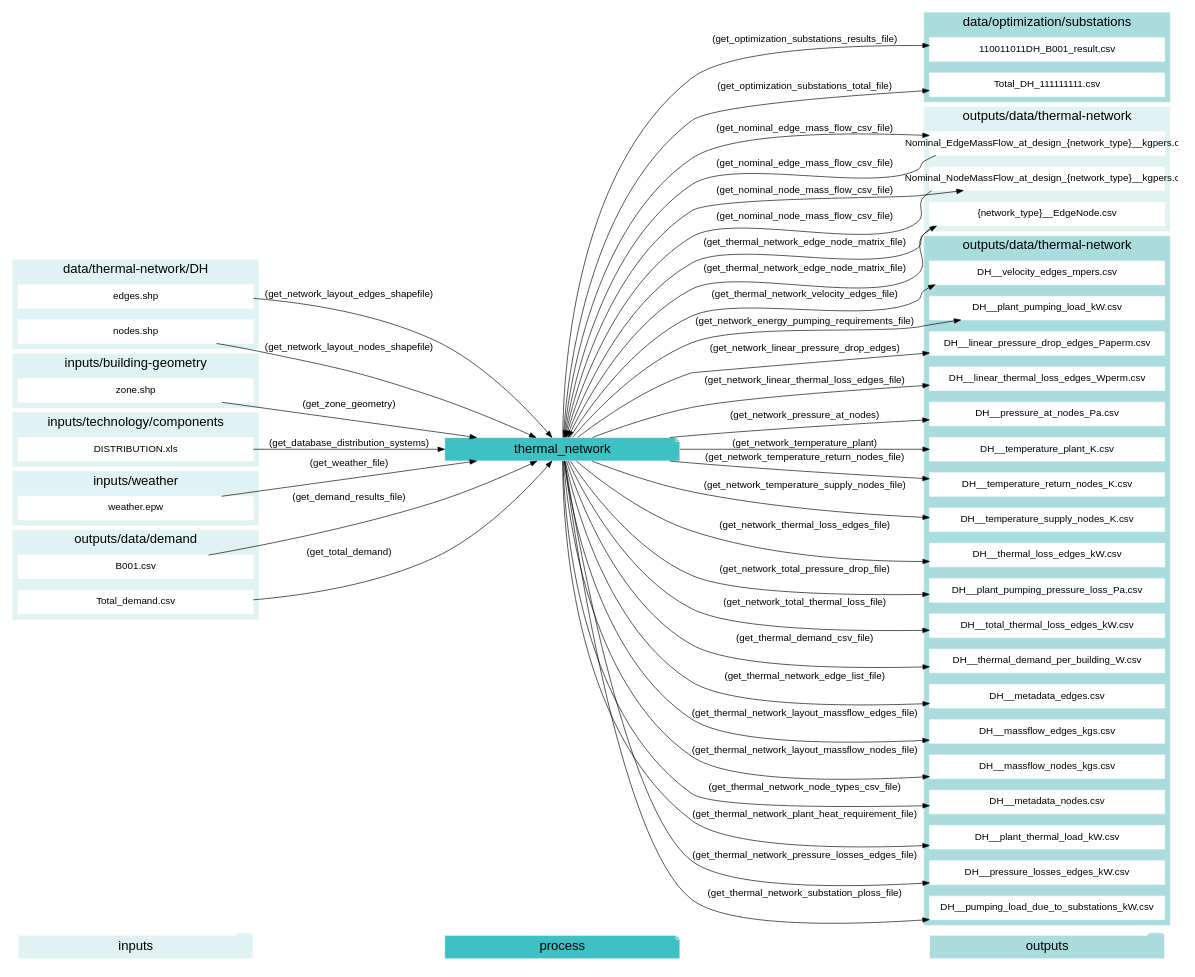
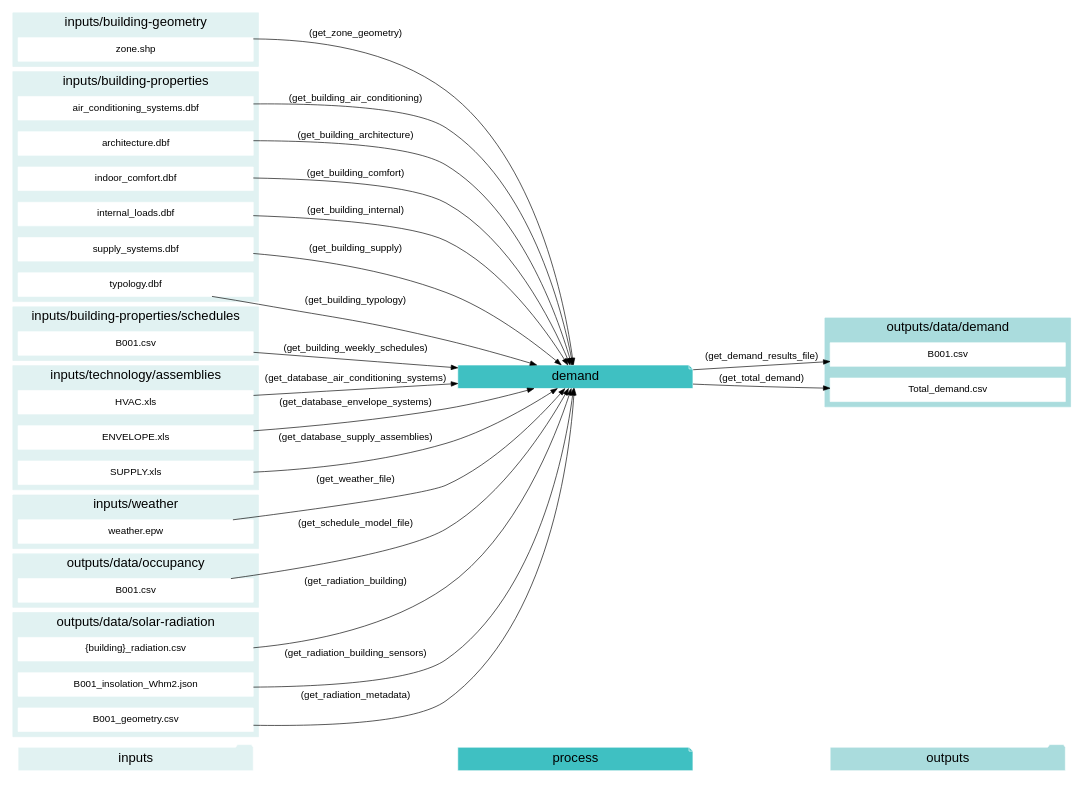
Diagram 13 of 22 in docs/script-data-flow.rst (architecture-building-systems/CityEnergyAnalyst), drawn with Graphviz before and after one commit. The commit also changed other lines of this file and 27 other files, not shown here.

Commit message:
graphviz script overviews now work

```diff
--- a/docs/script-data-flow.rst
+++ b/docs/script-data-flow.rst
@@ -738,54 +847,59 @@
 .. graphviz::
 
-    digraph thermal_network {
+    digraph demand {
     rankdir="LR";
     graph [overlap=false, fontname=arial];
     node [shape=box, style=filled, color=white, fontsize=15, fontname=arial, fixedsize=true, width=5];
     edge [fontname=arial, fontsize = 15]
     newrank=true
     subgraph cluster_legend {
-    fontsize=25
-    style=invis
-    "process"[style=filled, fillcolor="#3FC0C2", shape=note, fontsize=20, fontname="arial"]
-    "inputs" [style=filled, shape=folder, color=white, fillcolor="#E1F2F2", fontsize=20]
-    "outputs"[style=filled, shape=folder, color=white, fillcolor="#aadcdd", fontsize=20]
-    "inputs"->"process"[style=invis]
-    "process"->"outputs"[style=invis]
+        fontsize=25
+        style=invis
+        "process"[style=filled, fillcolor="#3FC0C2", shape=note, fontsize=20, fontname="arial"]
+        "inputs" [style=filled, shape=folder, color=white, fillcolor="#E1F2F2", fontsize=20]
+        "outputs"[style=filled, shape=folder, color=white, fillcolor="#aadcdd", fontsize=20]
+        "inputs"->"process"[style=invis]
+        "process"->"outputs"[style=invis]
     }
-    "thermal_network"[style=filled, color=white, fillcolor="#3FC0C2", shape=note, fontsize=20, fontname=arial];
-    subgraph cluster_0_out {
+    "demand"[style=filled, color=white, fillcolor="#3FC0C2", shape=note, fontsize=20, fontname=arial];
+    subgraph cluster_0_in {
         style = filled;
-        color = "#aadcdd";
+        color = "#E1F2F2";
         fontsize = 20;
         rank=same;
-        label="data/optimization/substations";
-        "110011011DH_B001_result.csv"
-        "Total_DH_111111111.csv"
+        label="inputs/building-geometry";
+        get_zone_geometry[label="zone.shp"];
     }
     subgraph cluster_1_in {
         style = filled;
         color = "#E1F2F2";
         fontsize = 20;
         rank=same;
-        label="data/thermal-network/DH";
-        "edges.shp"
-        "nodes.shp"
+        label="inputs/building-properties";
+        get_building_air_conditioning[label="air_conditioning_systems.dbf"];
+        get_building_architecture[label="architecture.dbf"];
+        get_building_comfort[label="indoor_comfort.dbf"];
+        get_building_internal[label="internal_loads.dbf"];
+        get_building_supply[label="supply_systems.dbf"];
+        get_building_typology[label="typology.dbf"];
     }
     subgraph cluster_2_in {
         style = filled;
         color = "#E1F2F2";
         fontsize = 20;
         rank=same;
-        label="inputs/building-geometry";
-        "zone.shp"
+        label="inputs/building-properties/schedules";
+        get_building_weekly_schedules[label="B001.csv"];
     }
     subgraph cluster_3_in {
         style = filled;
         color = "#E1F2F2";
         fontsize = 20;
         rank=same;
-        label="inputs/technology/components";
-        "DISTRIBUTION.xls"
+        label="inputs/technology/assemblies";
+        get_database_air_conditioning_systems[label="HVAC.xls"];
+        get_database_envelope_systems[label="ENVELOPE.xls"];
+        get_database_supply_assemblies[label="SUPPLY.xls"];
     }
     subgraph cluster_4_in {
         style = filled;
@@ -793,88 +907,51 @@
         fontsize = 20;
         rank=same;
         label="inputs/weather";
-        "weather.epw"
+        get_weather_file[label="weather.epw"];
     }
-    subgraph cluster_5_in {
+    subgraph cluster_5_out {
         style = filled;
-        color = "#E1F2F2";
+        color = "#aadcdd";
         fontsize = 20;
         rank=same;
         label="outputs/data/demand";
-        "B001.csv"
-        "Total_demand.csv"
+        get_demand_results_file[label="B001.csv"];
+        get_total_demand[label="Total_demand.csv"];
     }
     subgraph cluster_6_in {
         style = filled;
         color = "#E1F2F2";
         fontsize = 20;
         rank=same;
-        label="outputs/data/thermal-network";
-        "Nominal_EdgeMassFlow_at_design_{network_type}__kgpers.csv"
-        "Nominal_NodeMassFlow_at_design_{network_type}__kgpers.csv"
-        "{network_type}__EdgeNode.csv"
+        label="outputs/data/occupancy";
+        get_schedule_model_file[label="B001.csv"];
     }
-    subgraph cluster_6_out {
+    subgraph cluster_7_in {
         style = filled;
-        color = "#aadcdd";
+        color = "#E1F2F2";
         fontsize = 20;
         rank=same;
-        label="outputs/data/thermal-network";
-        "DH__plant_pumping_load_kW.csv"
-        "DH__linear_pressure_drop_edges_Paperm.csv"
-        "DH__linear_thermal_loss_edges_Wperm.csv"
-        "DH__pressure_at_nodes_Pa.csv"
-        "DH__temperature_plant_K.csv"
-        "DH__temperature_return_nodes_K.csv"
-        "DH__temperature_supply_nodes_K.csv"
-        "DH__thermal_loss_edges_kW.csv"
-        "DH__plant_pumping_pressure_loss_Pa.csv"
-        "DH__total_thermal_loss_edges_kW.csv"
-        "Nominal_EdgeMassFlow_at_design_{network_type}__kgpers.csv"
-        "Nominal_NodeMassFlow_at_design_{network_type}__kgpers.csv"
-        "DH__thermal_demand_per_building_W.csv"
-        "DH__metadata_edges.csv"
-        "{network_type}__EdgeNode.csv"
-        "DH__massflow_edges_kgs.csv"
-        "DH__massflow_nodes_kgs.csv"
-        "DH__metadata_nodes.csv"
-        "DH__plant_thermal_load_kW.csv"
-        "DH__pressure_losses_edges_kW.csv"
-        "DH__pumping_load_due_to_substations_kW.csv"
-        "DH__velocity_edges_mpers.csv"
+        label="outputs/data/solar-radiation";
+        get_radiation_building[label="{building}_radiation.csv"];
+        get_radiation_building_sensors[label="B001_insolation_Whm2.json"];
+        get_radiation_metadata[label="B001_geometry.csv"];
     }
-    "DISTRIBUTION.xls" -> "thermal_network"[label="(get_database_distribution_systems)"]
-    "B001.csv" -> "thermal_network"[label="(get_demand_results_file)"]
-    "edges.shp" -> "thermal_network"[label="(get_network_layout_edges_shapefile)"]
-    "nodes.shp" -> "thermal_network"[label="(get_network_layout_nodes_shapefile)"]
-    "Nominal_EdgeMassFlow_at_design_{network_type}__kgpers.csv" -> "thermal_network"[label="(get_nominal_edge_mass_flow_csv_file)"]
-    "Nominal_NodeMassFlow_at_design_{network_type}__kgpers.csv" -> "thermal_network"[label="(get_nominal_node_mass_flow_csv_file)"]
-    "{network_type}__EdgeNode.csv" -> "thermal_network"[label="(get_thermal_network_edge_node_matrix_file)"]
-    "Total_demand.csv" -> "thermal_network"[label="(get_total_demand)"]
-    "weather.epw" -> "thermal_network"[label="(get_weather_file)"]
-    "zone.shp" -> "thermal_network"[label="(get_zone_geometry)"]
-    "thermal_network" -> "DH__plant_pumping_load_kW.csv"[label="(get_network_energy_pumping_requirements_file)"]
-    "thermal_network" -> "DH__linear_pressure_drop_edges_Paperm.csv"[label="(get_network_linear_pressure_drop_edges)"]
-    "thermal_network" -> "DH__linear_thermal_loss_edges_Wperm.csv"[label="(get_network_linear_thermal_loss_edges_file)"]
-    "thermal_network" -> "DH__pressure_at_nodes_Pa.csv"[label="(get_network_pressure_at_nodes)"]
-    "thermal_network" -> "DH__temperature_plant_K.csv"[label="(get_network_temperature_plant)"]
-    "thermal_network" -> "DH__temperature_return_nodes_K.csv"[label="(get_network_temperature_return_nodes_file)"]
-    "thermal_network" -> "DH__temperature_supply_nodes_K.csv"[label="(get_network_temperature_supply_nodes_file)"]
-    "thermal_network" -> "DH__thermal_loss_edges_kW.csv"[label="(get_network_thermal_loss_edges_file)"]
-    "thermal_network" -> "DH__plant_pumping_pressure_loss_Pa.csv"[label="(get_network_total_pressure_drop_file)"]
-    "thermal_network" -> "DH__total_thermal_loss_edges_kW.csv"[label="(get_network_total_thermal_loss_file)"]
-    "thermal_network" -> "Nominal_EdgeMassFlow_at_design_{network_type}__kgpers.csv"[label="(get_nominal_edge_mass_flow_csv_file)"]
-    "thermal_network" -> "Nominal_NodeMassFlow_at_design_{network_type}__kgpers.csv"[label="(get_nominal_node_mass_flow_csv_file)"]
-    "thermal_network" -> "110011011DH_B001_result.csv"[label="(get_optimization_substations_results_file)"]
-    "thermal_network" -> "Total_DH_111111111.csv"[label="(get_optimization_substations_total_file)"]
-    "thermal_network" -> "DH__thermal_demand_per_building_W.csv"[label="(get_thermal_demand_csv_file)"]
-    "thermal_network" -> "DH__metadata_edges.csv"[label="(get_thermal_network_edge_list_file)"]
-    "thermal_network" -> "{network_type}__EdgeNode.csv"[label="(get_thermal_network_edge_node_matrix_file)"]
-    "thermal_network" -> "DH__massflow_edges_kgs.csv"[label="(get_thermal_network_layout_massflow_edges_file)"]
-    "thermal_network" -> "DH__massflow_nodes_kgs.csv"[label="(get_thermal_network_layout_massflow_nodes_file)"]
-    "thermal_network" -> "DH__metadata_nodes.csv"[label="(get_thermal_network_node_types_csv_file)"]
-    "thermal_network" -> "DH__plant_thermal_load_kW.csv"[label="(get_thermal_network_plant_heat_requirement_file)"]
-    "thermal_network" -> "DH__pressure_losses_edges_kW.csv"[label="(get_thermal_network_pressure_losses_edges_file)"]
-    "thermal_network" -> "DH__pumping_load_due_to_substations_kW.csv"[label="(get_thermal_network_substation_ploss_file)"]
-    "thermal_network" -> "DH__velocity_edges_mpers.csv"[label="(get_thermal_network_velocity_edges_file)"]
+    get_building_air_conditioning -> "demand"[label="(get_building_air_conditioning)"];
+    get_building_architecture -> "demand"[label="(get_building_architecture)"];
+    get_building_comfort -> "demand"[label="(get_building_comfort)"];
+    get_building_internal -> "demand"[label="(get_building_internal)"];
+    get_building_supply -> "demand"[label="(get_building_supply)"];
+    get_building_typology -> "demand"[label="(get_building_typology)"];
+    get_building_weekly_schedules -> "demand"[label="(get_building_weekly_schedules)"];
+    get_database_air_conditioning_systems -> "demand"[label="(get_database_air_conditioning_systems)"];
+    get_database_envelope_systems -> "demand"[label="(get_database_envelope_systems)"];
+    get_database_supply_assemblies -> "demand"[label="(get_database_supply_assemblies)"];
+    get_radiation_building -> "demand"[label="(get_radiation_building)"];
+    get_radiation_building_sensors -> "demand"[label="(get_radiation_building_sensors)"];
+    get_radiation_metadata -> "demand"[label="(get_radiation_metadata)"];
+    get_schedule_model_file -> "demand"[label="(get_schedule_model_file)"];
+    get_weather_file -> "demand"[label="(get_weather_file)"];
+    get_zone_geometry -> "demand"[label="(get_zone_geometry)"];
+    "demand" -> get_demand_results_file[label="(get_demand_results_file)"];
+    "demand" -> get_total_demand[label="(get_total_demand)"];
     }
```
